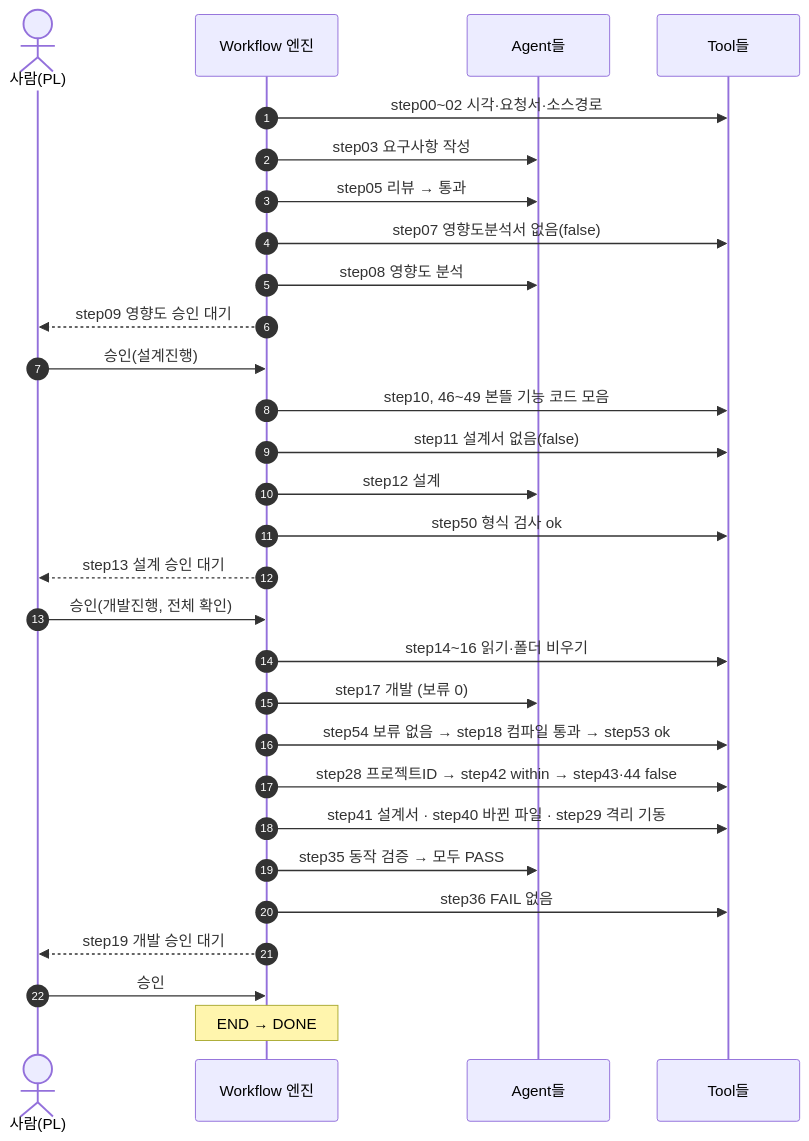
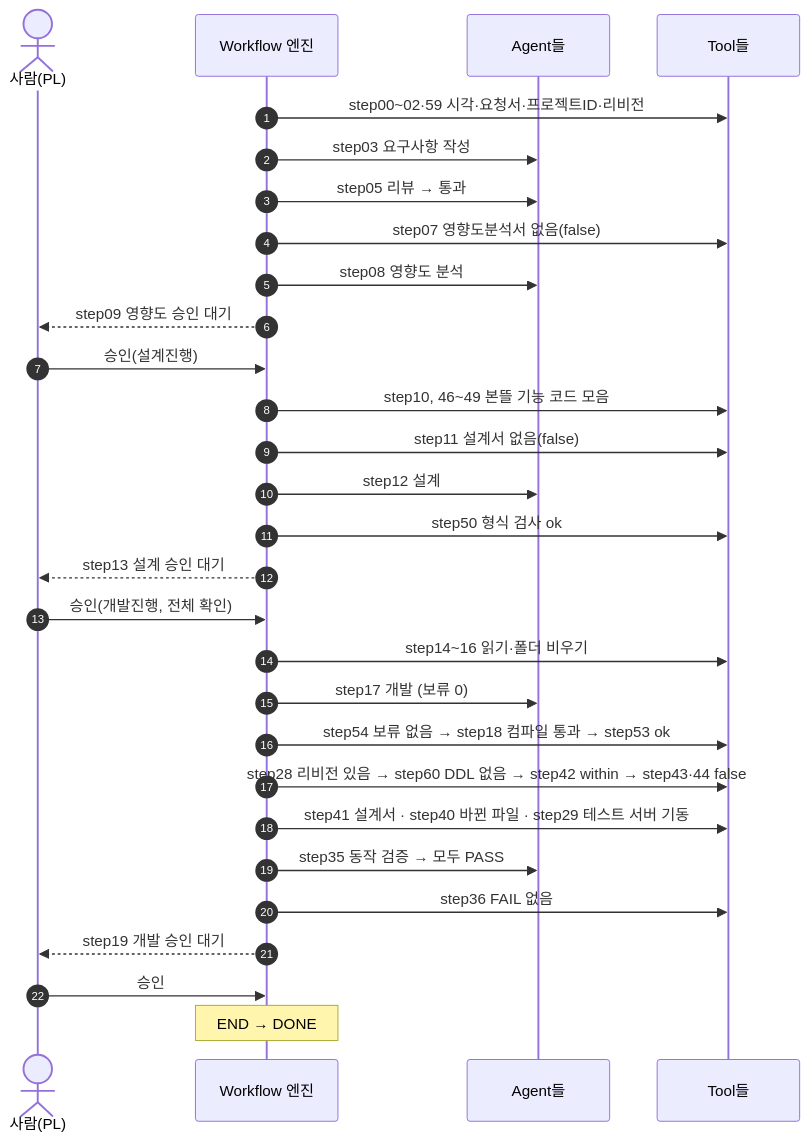
One commit to YongSoekChoeng/dstone changed diagram 22 of 24 in docs/09.dstone-ai-engine-sm-workflow.md. Above: the diagram before and after it, drawn with Mermaid. The commit also changed other lines of this file and 55 other files, not shown here.

````diff
--- a/docs/09.dstone-ai-engine-sm-workflow.md
+++ b/docs/09.dstone-ai-engine-sm-workflow.md
@@ -1644,31 +1637,31 @@
 ```mermaid
 sequenceDiagram
     autonumber
     actor PL as 사람(PL)
     participant WF as Workflow 엔진
     participant AG as Agent들
     participant TL as Tool들
-    WF->>TL: step00~02 시각·요청서·소스경로
+    WF->>TL: step00~02·59 시각·요청서·프로젝트ID·리비전
     WF->>AG: step03 요구사항 작성
     WF->>AG: step05 리뷰 → 통과
     WF->>TL: step07 영향도분석서 없음(false)
     WF->>AG: step08 영향도 분석
     WF-->>PL: step09 영향도 승인 대기
     PL->>WF: 승인(설계진행)
     WF->>TL: step10, 46~49 본뜰 기능 코드 모음
     WF->>TL: step11 설계서 없음(false)
     WF->>AG: step12 설계
     WF->>TL: step50 형식 검사 ok
     WF-->>PL: step13 설계 승인 대기
     PL->>WF: 승인(개발진행, 전체 확인)
     WF->>TL: step14~16 읽기·폴더 비우기
     WF->>AG: step17 개발 (보류 0)
     WF->>TL: step54 보류 없음 → step18 컴파일 통과 → step53 ok
-    WF->>TL: step28 프로젝트ID → step42 within → step43·44 false
-    WF->>TL: step41 설계서 · step40 바뀐 파일 · step29 격리 기동
+    WF->>TL: step28 리비전 있음 → step60 DDL 없음 → step42 within → step43·44 false
+    WF->>TL: step41 설계서 · step40 바뀐 파일 · step29 테스트 서버 기동
     WF->>AG: step35 동작 검증 → 모두 PASS
     WF->>TL: step36 FAIL 없음
     WF-->>PL: step19 개발 승인 대기
     PL->>WF: 승인
     Note over WF: END → DONE
 ```
````
